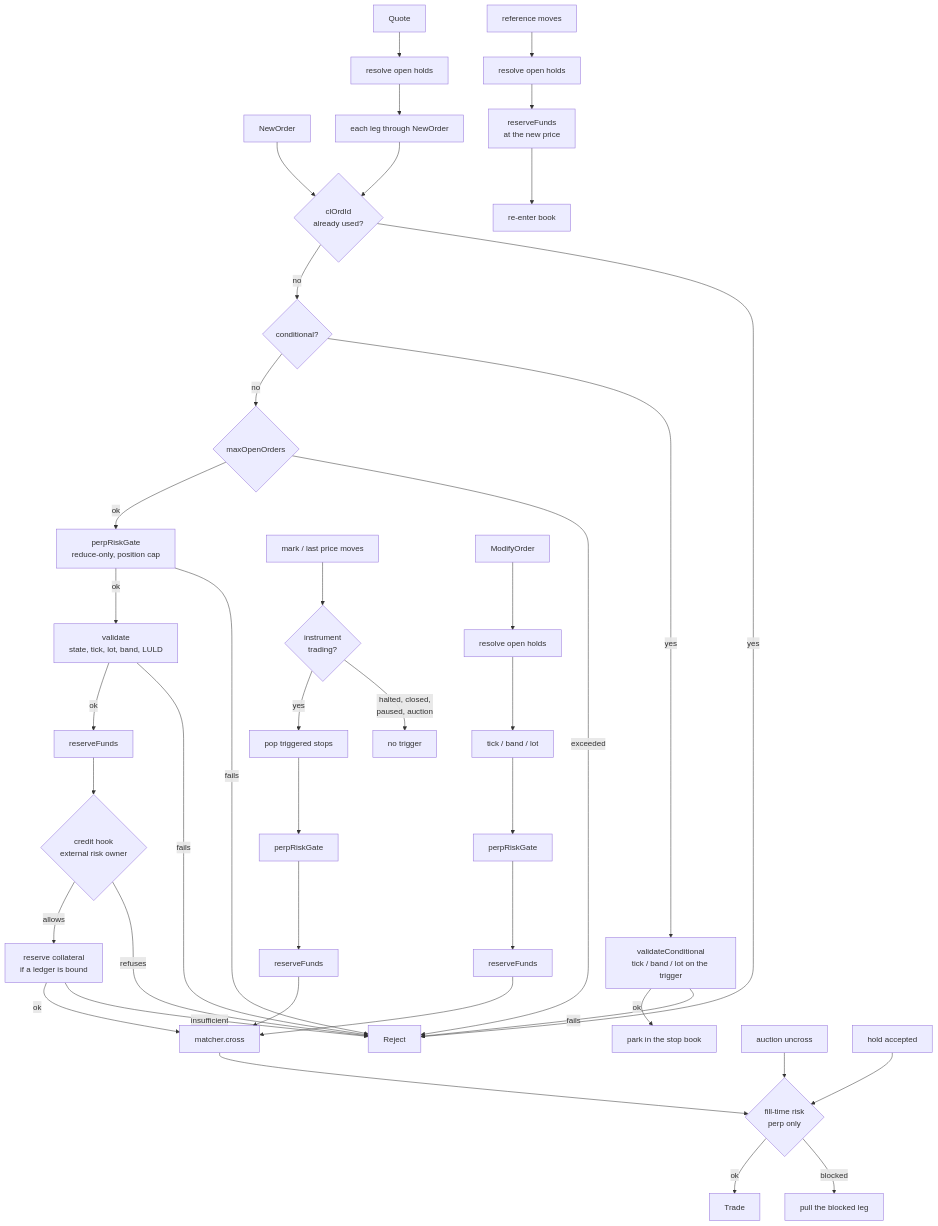
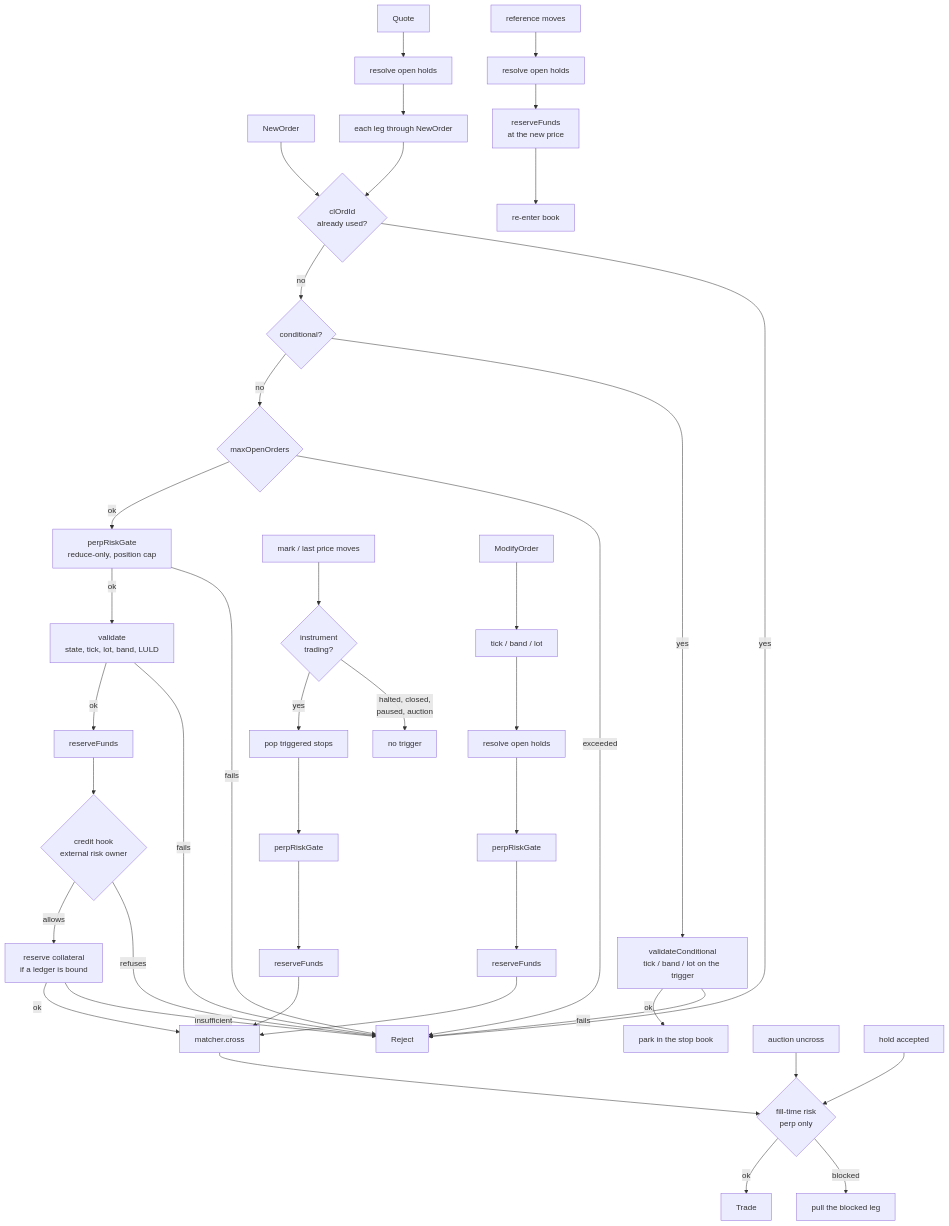
The diagram in docs/venue/matching.md (FLOX-Foundation/flox), drawn with Mermaid before and after one commit. The commit also changed other lines of this file and 1 other file, not shown here.

First line of the commit message:
fix(venue): onModify validates the amend before resolving the holds

````diff
--- a/docs/venue/matching.md
+++ b/docs/venue/matching.md
@@ -921,44 +929,44 @@
 ```mermaid
 flowchart TD
     NEW[NewOrder] --> DEDUP{clOrdId<br/>already used?}
     DEDUP -->|yes| REJ[Reject]
     DEDUP -->|no| COND{conditional?}
 
     COND -->|yes| VC[validateConditional<br/>tick / band / lot on the trigger]
     VC -->|fails| REJ
     VC -->|ok| PARK[park in the stop book]
 
     COND -->|no| CAP{maxOpenOrders}
     CAP -->|exceeded| REJ
     CAP -->|ok| PERP[perpRiskGate<br/>reduce-only, position cap]
     PERP -->|fails| REJ
     PERP -->|ok| VAL[validate<br/>state, tick, lot, band, LULD]
     VAL -->|fails| REJ
     VAL -->|ok| FUND[reserveFunds]
 
     FUND --> CRED{credit hook<br/>external risk owner}
     CRED -->|refuses| REJ
     CRED -->|allows| RES[reserve collateral<br/>if a ledger is bound]
     RES -->|insufficient| REJ
     RES -->|ok| MATCH[matcher.cross]
 
     MARK[mark / last price moves] --> TRIG{instrument<br/>trading?}
     TRIG -->|halted, closed,<br/>paused, auction| STOPPED[no trigger]
     TRIG -->|yes| POP[pop triggered stops]
     POP --> PERP2[perpRiskGate] --> FUND2[reserveFunds] --> MATCH
 
-    MOD[ModifyOrder] --> HOLDS[resolve open holds] --> VM[tick / band / lot]
-    VM --> PERP3[perpRiskGate] --> FUND3[reserveFunds] --> MATCH
+    MOD[ModifyOrder] --> VM[tick / band / lot] --> HOLDS[resolve open holds]
+    HOLDS --> PERP3[perpRiskGate] --> FUND3[reserveFunds] --> MATCH
 
     QUOTE[Quote] --> HOLDS2[resolve open holds] --> LEGS[each leg through NewOrder]
     LEGS --> DEDUP
 
     PEG[reference moves] --> HOLDS3[resolve open holds] --> FUND4[reserveFunds<br/>at the new price] --> BOOK[re-enter book]
 
     MATCH --> FR{fill-time risk<br/>perp only}
     FR -->|blocked| PULL[pull the blocked leg]
     FR -->|ok| TRADE[Trade]
 
     AUCT[auction uncross] --> FR
     ACCEPT[hold accepted] --> FR
 ```
````
